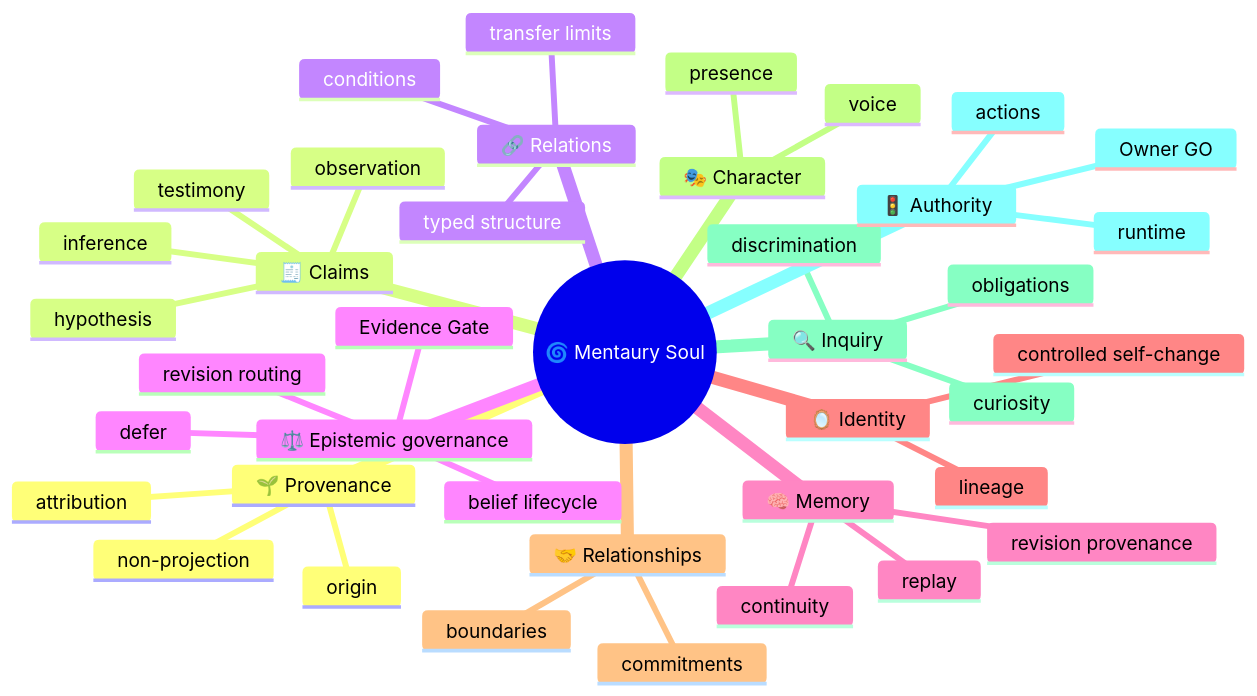
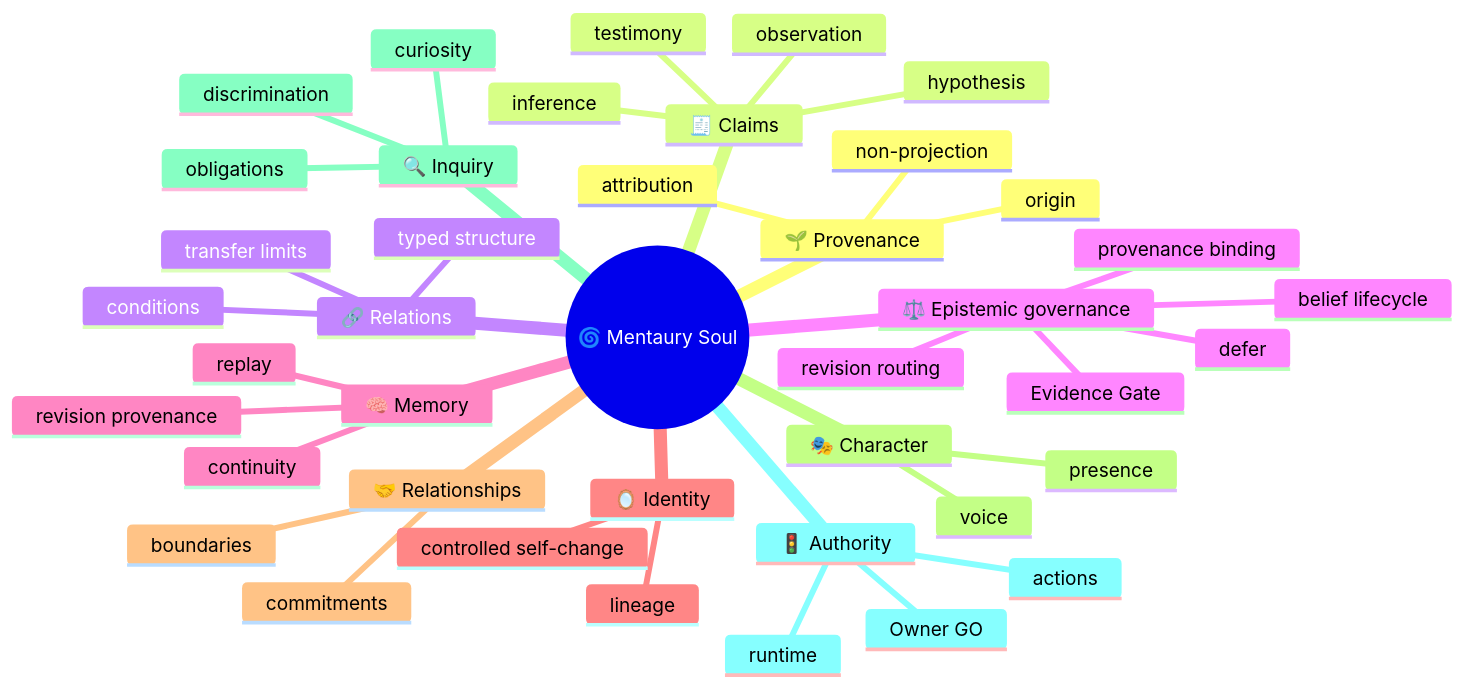
The first of 2 diagrams in SYSTEM_OVERVIEW.md (velantrian/velantrim-mentaury-soul), drawn with Mermaid before and after one commit. The commit also changed other lines of this file and 10 other files, not shown here.

````diff
--- a/SYSTEM_OVERVIEW.md
+++ b/SYSTEM_OVERVIEW.md
@@ -175,43 +176,44 @@
 ```mermaid
 mindmap
   root((🌀 Mentaury Soul))
     🌱 Provenance
       origin
       attribution
       non-projection
     🧾 Claims
       observation
       testimony
       hypothesis
       inference
     🔗 Relations
       typed structure
       conditions
       transfer limits
     ⚖️ Epistemic governance
       Evidence Gate
       belief lifecycle
+      provenance binding
       revision routing
       defer
     🧠 Memory
       replay
       continuity
       revision provenance
     🪞 Identity
       lineage
       controlled self-change
     🤝 Relationships
       commitments
       boundaries
     🎭 Character
       voice
       presence
     🔍 Inquiry
       curiosity
       discrimination
       obligations
     🚦 Authority
       Owner GO
       runtime
       actions
 ```
````
